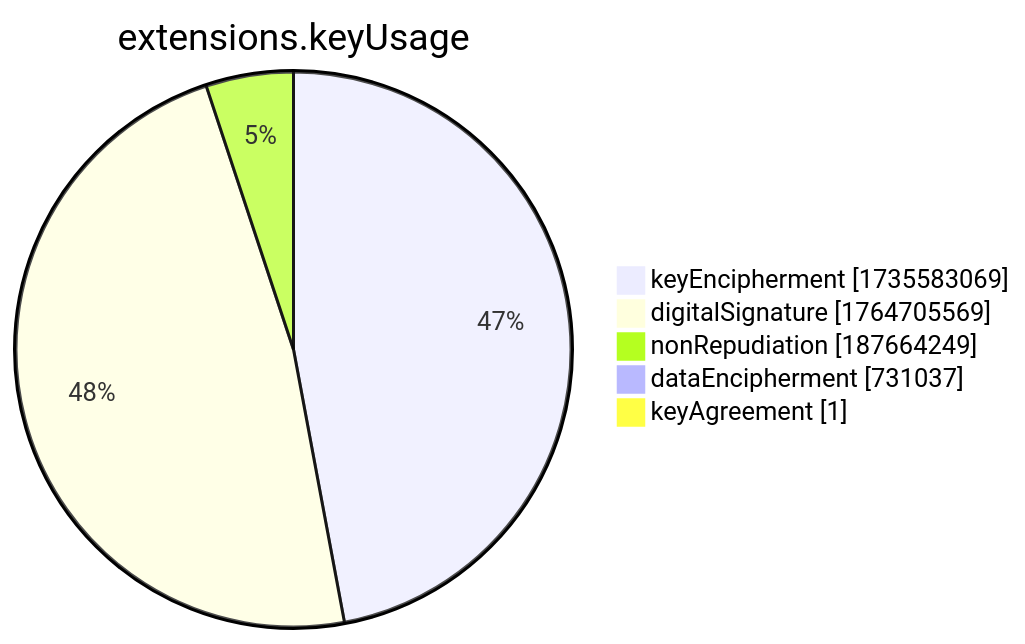
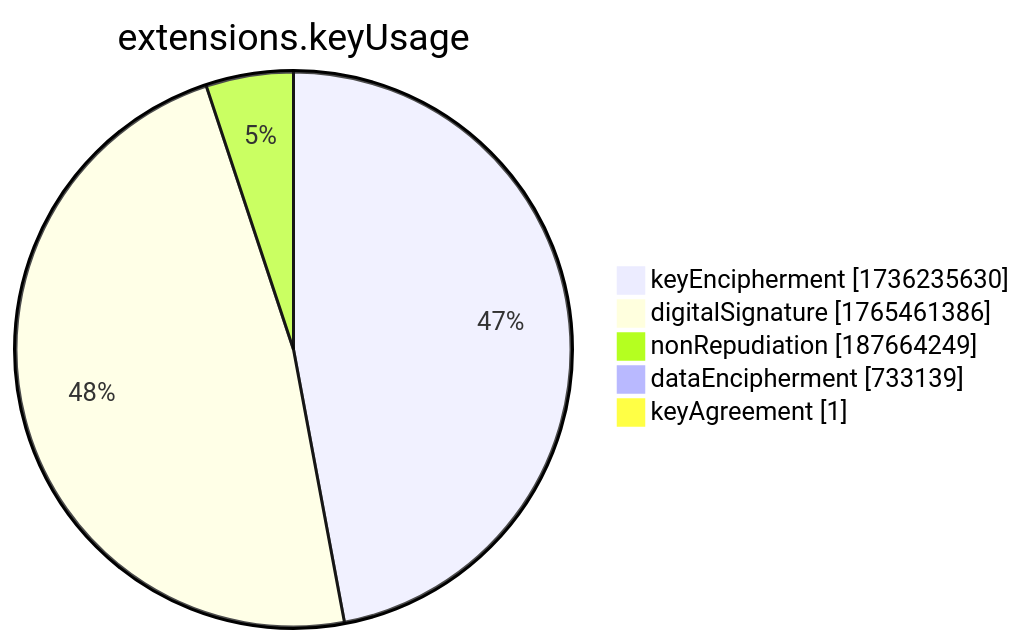
The seventh of 15 diagrams in xenon2022/README.md (christiankrug/ctmonitor_visualization), drawn with Mermaid before and after one commit. The commit also changed other lines of this file, not shown here.

````diff
--- a/xenon2022/README.md
+++ b/xenon2022/README.md
@@ -2859,9 +2859,9 @@
 ```mermaid
 pie showData
 title extensions.keyUsage
-"keyEncipherment" :1735583069
-"digitalSignature" :1764705569
+"keyEncipherment" :1736235630
+"digitalSignature" :1765461386
 "nonRepudiation" :187664249
-"dataEncipherment" :731037
+"dataEncipherment" :733139
 "keyAgreement" :1
 ```
````
